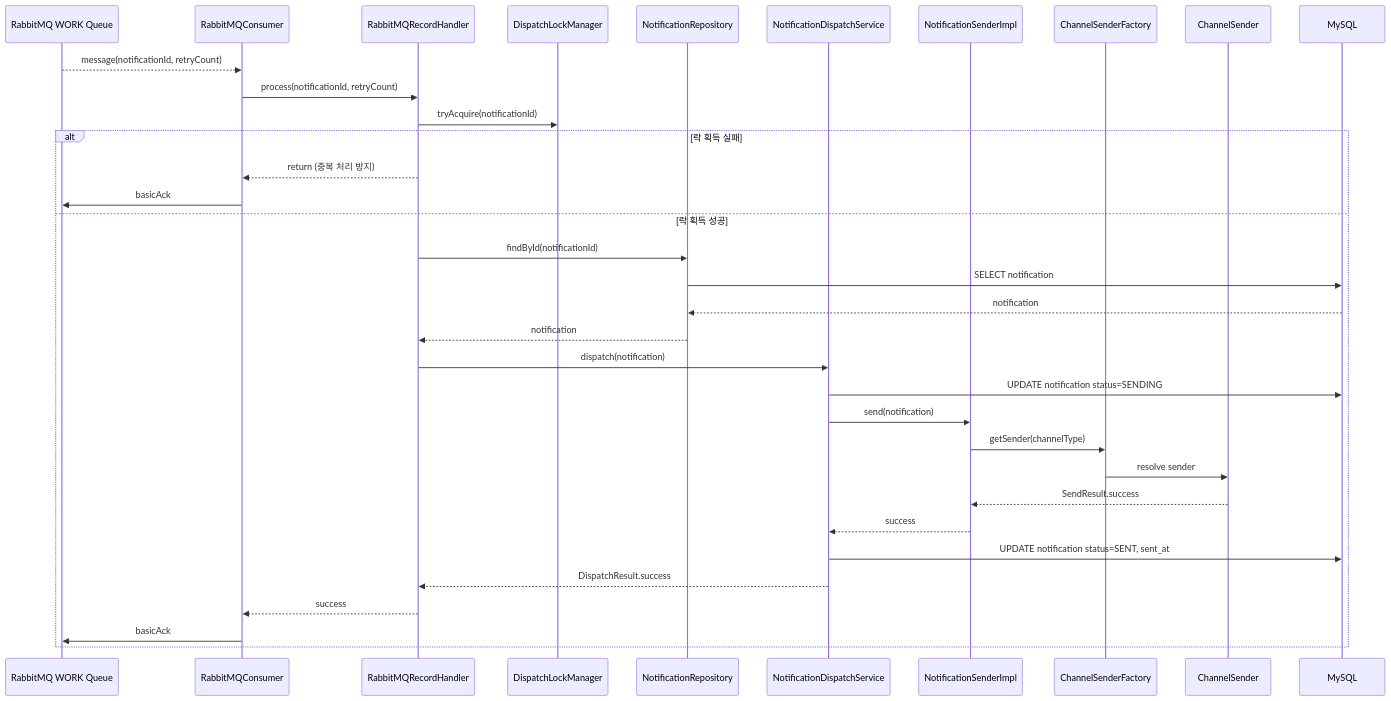
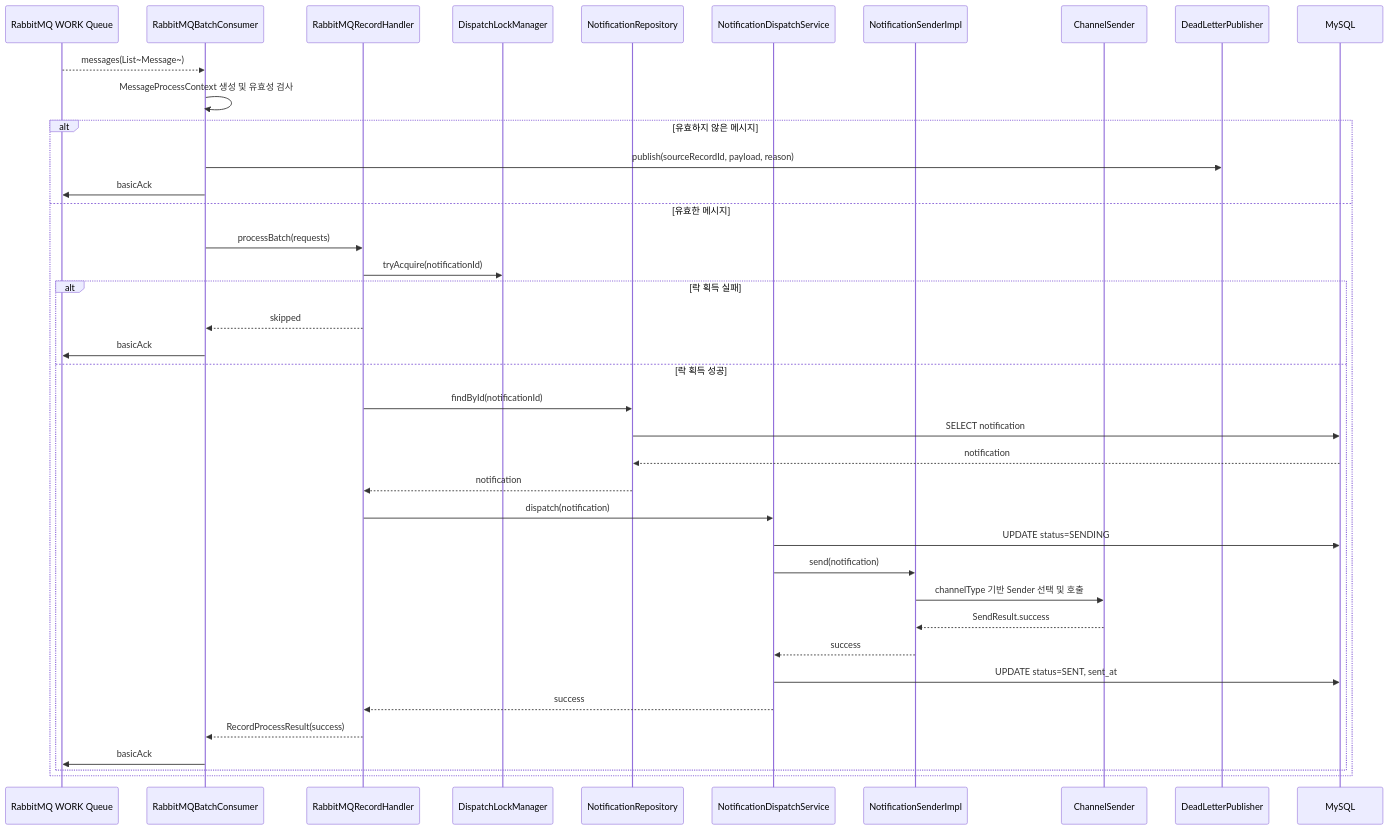
Before and after one commit to yht0827/notification-dispatcher: the third of 7 diagrams in docs/02-sequence-diagrams.md, drawn with Mermaid. The commit also changed other lines of this file and 208 other files, not shown here.

````diff
--- a/docs/02-sequence-diagrams.md
+++ b/docs/02-sequence-diagrams.md
@@ -99,40 +103,46 @@
 ```mermaid
 sequenceDiagram
     participant RS as RabbitMQ WORK Queue
-    participant C as RabbitMQConsumer
+    participant C as RabbitMQBatchConsumer
     participant H as RabbitMQRecordHandler
     participant L as DispatchLockManager
     participant NR as NotificationRepository
     participant DS as NotificationDispatchService
     participant SA as NotificationSenderImpl
-    participant SF as ChannelSenderFactory
     participant CS as ChannelSender
+    participant DLQ as DeadLetterPublisher
     participant DB as MySQL
 
-    RS-->>C: message(notificationId, retryCount)
-    C->>H: process(notificationId, retryCount)
-    H->>L: tryAcquire(notificationId)
+    RS-->>C: messages(List~Message~)
+    C->>C: MessageProcessContext 생성 및 유효성 검사
 
-    alt 락 획득 실패
-        H-->>C: return (중복 처리 방지)
+    alt 유효하지 않은 메시지
+        C->>DLQ: publish(sourceRecordId, payload, reason)
         C->>RS: basicAck
-    else 락 획득 성공
-        H->>NR: findById(notificationId)
-        NR->>DB: SELECT notification
-        DB-->>NR: notification
-        NR-->>H: notification
+    else 유효한 메시지
+        C->>H: processBatch(requests)
+        H->>L: tryAcquire(notificationId)
 
-        H->>DS: dispatch(notification)
-        DS->>DB: UPDATE notification status=SENDING
-        DS->>SA: send(notification)
-        SA->>SF: getSender(channelType)
-        SF->>CS: resolve sender
-        CS-->>SA: SendResult.success
-        SA-->>DS: success
-        DS->>DB: UPDATE notification status=SENT, sent_at
-        DS-->>H: DispatchResult.success
+        alt 락 획득 실패
+            H-->>C: skipped
+            C->>RS: basicAck
+        else 락 획득 성공
+            H->>NR: findById(notificationId)
+            NR->>DB: SELECT notification
+            DB-->>NR: notification
+            NR-->>H: notification
 
-        H-->>C: success
-        C->>RS: basicAck
+            H->>DS: dispatch(notification)
+            DS->>DB: UPDATE status=SENDING
+            DS->>SA: send(notification)
+            SA->>CS: channelType 기반 Sender 선택 및 호출
+            CS-->>SA: SendResult.success
+            SA-->>DS: success
+            DS->>DB: UPDATE status=SENT, sent_at
+            DS-->>H: success
+
+            H-->>C: RecordProcessResult(success)
+            C->>RS: basicAck
+        end
     end
 ```
````
